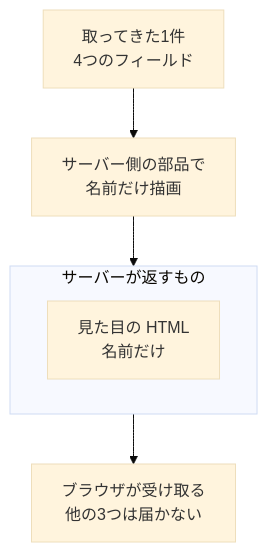
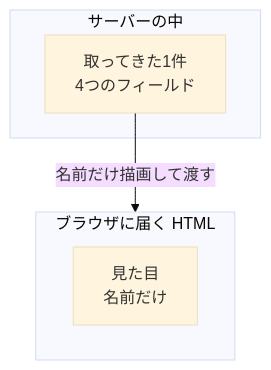
Before and after one commit to ozaki25/web-front-training-ozaki25: the second of 3 diagrams in docs/lessons/day51/index.md, drawn with Mermaid (base theme). The commit also changed other lines of this file, not shown here.

First line of the commit message:
Day 51 の図で矢印に一つの意味だけを持たせる

````diff
--- a/docs/lessons/day51/index.md
+++ b/docs/lessons/day51/index.md
@@ -106,10 +106,10 @@
 ```mermaid
 flowchart TB
-  A["取ってきた1件<br>4つのフィールド"]
-  A --> B["サーバー側の部品で<br>名前だけ描画"]
-  B --> R
-  subgraph R["サーバーが返すもの"]
-    H["見た目の HTML<br>名前だけ"]
+  subgraph S["サーバーの中"]
+    A["取ってきた1件<br>4つのフィールド"]
   end
-  R --> C["ブラウザが受け取る<br>他の3つは届かない"]
+  A -->|"名前だけ描画して渡す"| B
+  subgraph B["ブラウザに届く HTML"]
+    H["見た目<br>名前だけ"]
+  end
 ```
````
